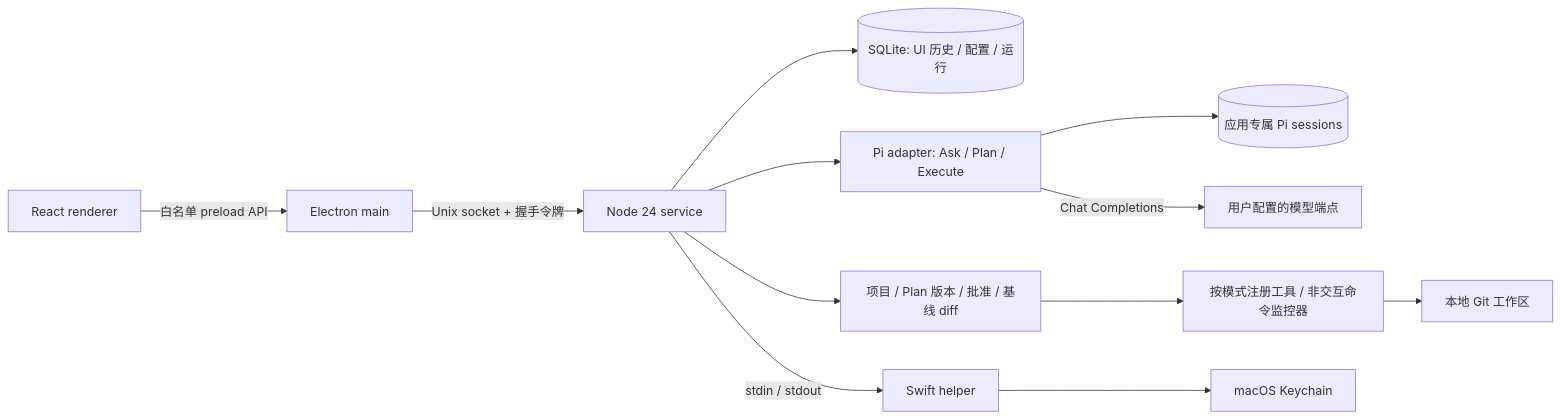
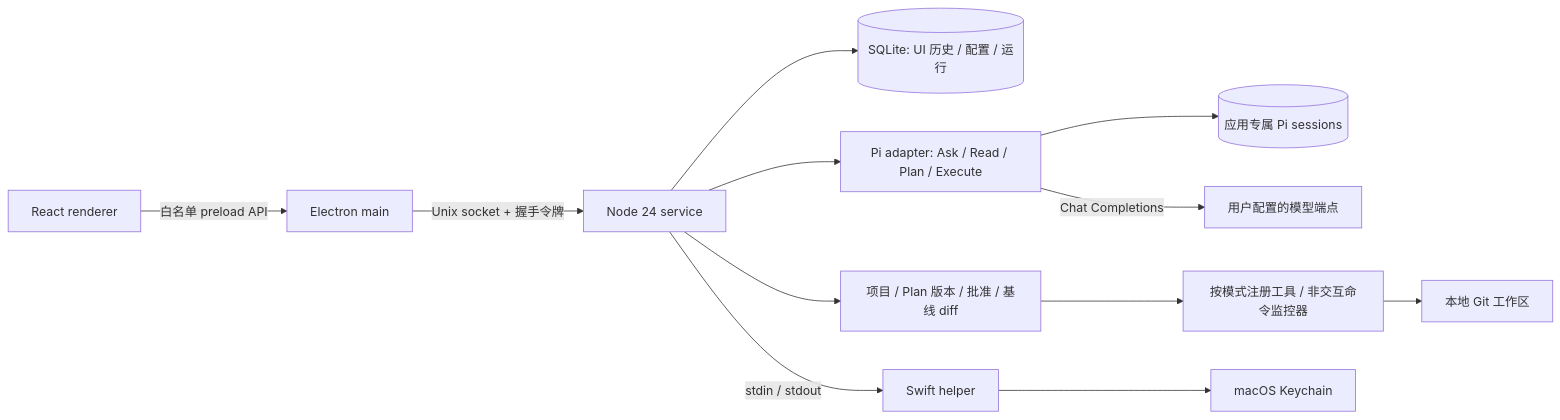
One commit to TYzzt/PI-BOT changed the diagram in desktop/README.md. Above: the diagram before and after it, drawn with Mermaid. The commit also changed other lines of this file and 5 other files, not shown here.

````diff
--- a/desktop/README.md
+++ b/desktop/README.md
@@ -35,14 +41,14 @@
 ```mermaid
 flowchart LR
   UI[React renderer] -->|白名单 preload API| Main[Electron main]
   Main -->|Unix socket + 握手令牌| Service[Node 24 service]
   Service --> Store[(SQLite: UI 历史 / 配置 / 运行)]
-  Service --> Pi[Pi adapter: Ask / Plan / Execute]
+  Service --> Pi[Pi adapter: Ask / Read / Plan / Execute]
   Pi --> Sessions[(应用专属 Pi sessions)]
   Service --> Coding[项目 / Plan 版本 / 批准 / 基线 diff]
   Coding --> Tools[按模式注册工具 / 非交互命令监控器]
   Tools --> Repo[本地 Git 工作区]
   Pi -->|Chat Completions| Model[用户配置的模型端点]
   Service -->|stdin / stdout| Helper[Swift helper]
   Helper --> Keychain[macOS Keychain]
 ```
````
